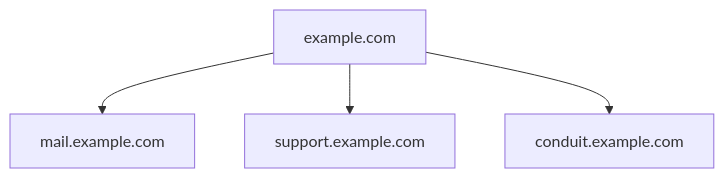
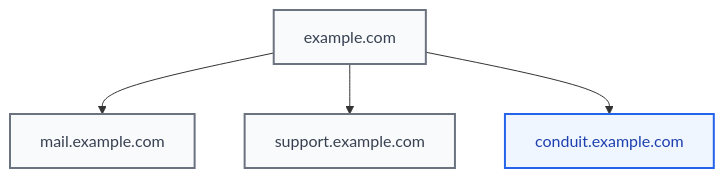
Before and after one commit to kiavash599/conduit-control-center: the diagram in docs/diagrams/source/dgm-11-subdomain-concept.mmd, drawn with Mermaid. The commit also changed other lines of this file and 36 other files, not shown here.

Commit message:
docs: add networking chapter diagrams

```diff
--- a/docs/diagrams/source/dgm-11-subdomain-concept.mmd
+++ b/docs/diagrams/source/dgm-11-subdomain-concept.mmd
@@ -1,5 +1,13 @@
-%% DGM-11 subdomain-concept — subdomains are named units under one domain
+%% DGM-11 subdomain-concept - subdomains are named units under one domain
 flowchart TD
   Z[example.com] --> M[mail.example.com]
   Z --> S[support.example.com]
   Z --> C[conduit.example.com]
+
+  classDef primary fill:#EFF6FF,stroke:#2563EB,color:#1E40AF,stroke-width:2px;
+  classDef neutral fill:#F9FAFB,stroke:#6B7280,color:#374151,stroke-width:2px;
+  classDef success fill:#F0FDF4,stroke:#16A34A,color:#166534,stroke-width:2px;
+  classDef warning fill:#FFFBEB,stroke:#D97706,color:#92400E,stroke-width:2px;
+  classDef danger  fill:#FEF2F2,stroke:#DC2626,color:#991B1B,stroke-width:2px;
+  class C primary;
+  class Z,M,S neutral;
```
